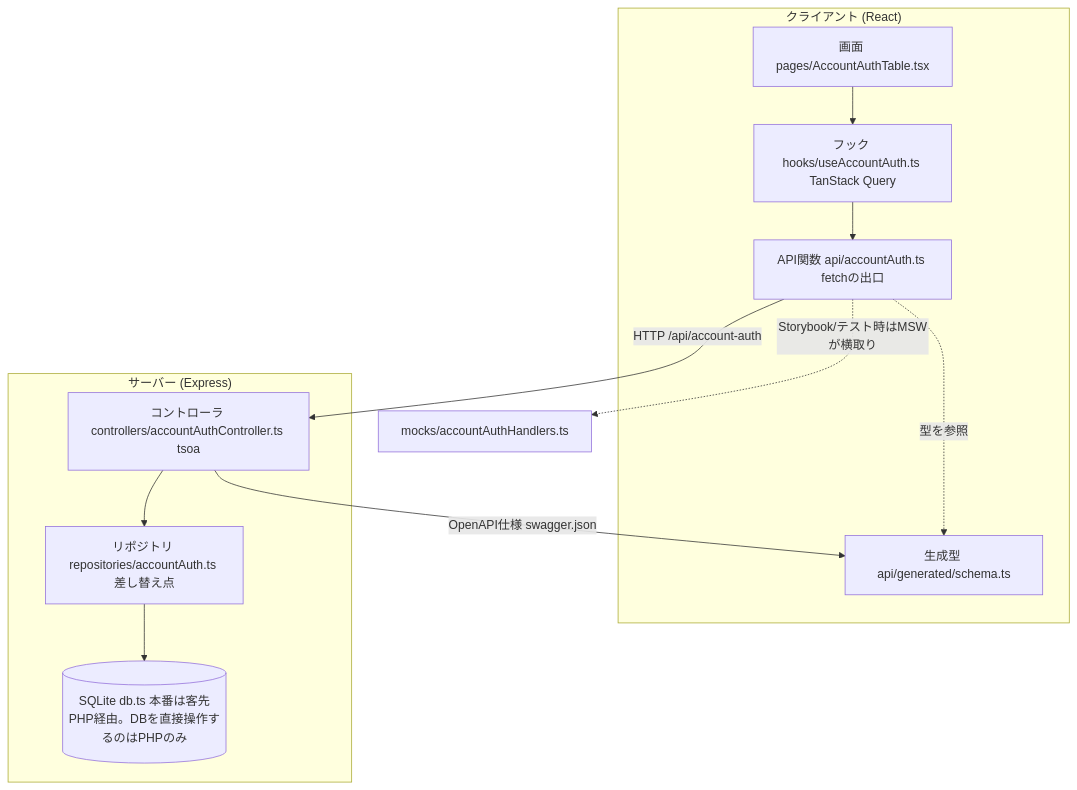
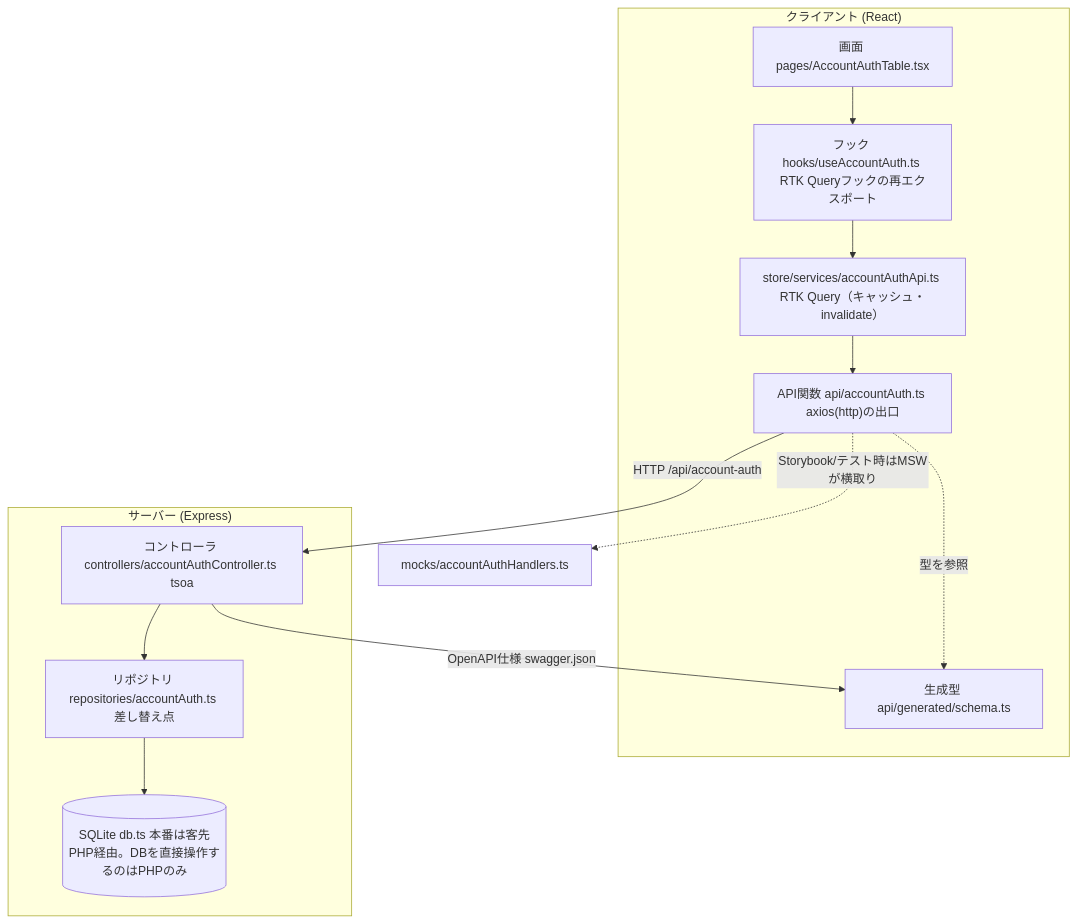
Before and after one commit to katsya1117/dmt: the first of 2 diagrams in docs/画面実装パターン.md, drawn with Mermaid. The commit also changed other lines of this file and 24 other files, not shown here.

````diff
--- a/docs/画面実装パターン.md
+++ b/docs/画面実装パターン.md
@@ -31,22 +22,23 @@
 ```mermaid
 flowchart TB
   subgraph client["クライアント (React)"]
     Page["画面 pages/AccountAuthTable.tsx"]
-    Hook["フック hooks/useAccountAuth.ts TanStack Query"]
-    Api["API関数 api/accountAuth.ts fetchの出口"]
+    Hook["フック hooks/useAccountAuth.ts RTK Queryフックの再エクスポート"]
+    RtkApi["store/services/accountAuthApi.ts RTK Query（キャッシュ・invalidate）"]
+    Api["API関数 api/accountAuth.ts axios(http)の出口"]
     Schema["生成型 api/generated/schema.ts"]
-    Page --> Hook --> Api
+    Page --> Hook --> RtkApi --> Api
     Api -. 型を参照 .-> Schema
   end
 
   subgraph server["サーバー (Express)"]
     Ctrl["コントローラ controllers/accountAuthController.ts tsoa"]
     Repo["リポジトリ repositories/accountAuth.ts 差し替え点"]
     DB[("SQLite db.ts 本番は客先PHP経由。DBを直接操作するのはPHPのみ")]
     Ctrl --> Repo --> DB
   end
 
   Api -->|"HTTP /api/account-auth"| Ctrl
   Ctrl -->|"OpenAPI仕様 swagger.json"| Schema
   Api -. "Storybook/テスト時はMSWが横取り" .-> MSW["mocks/accountAuthHandlers.ts"]
 ```
````
